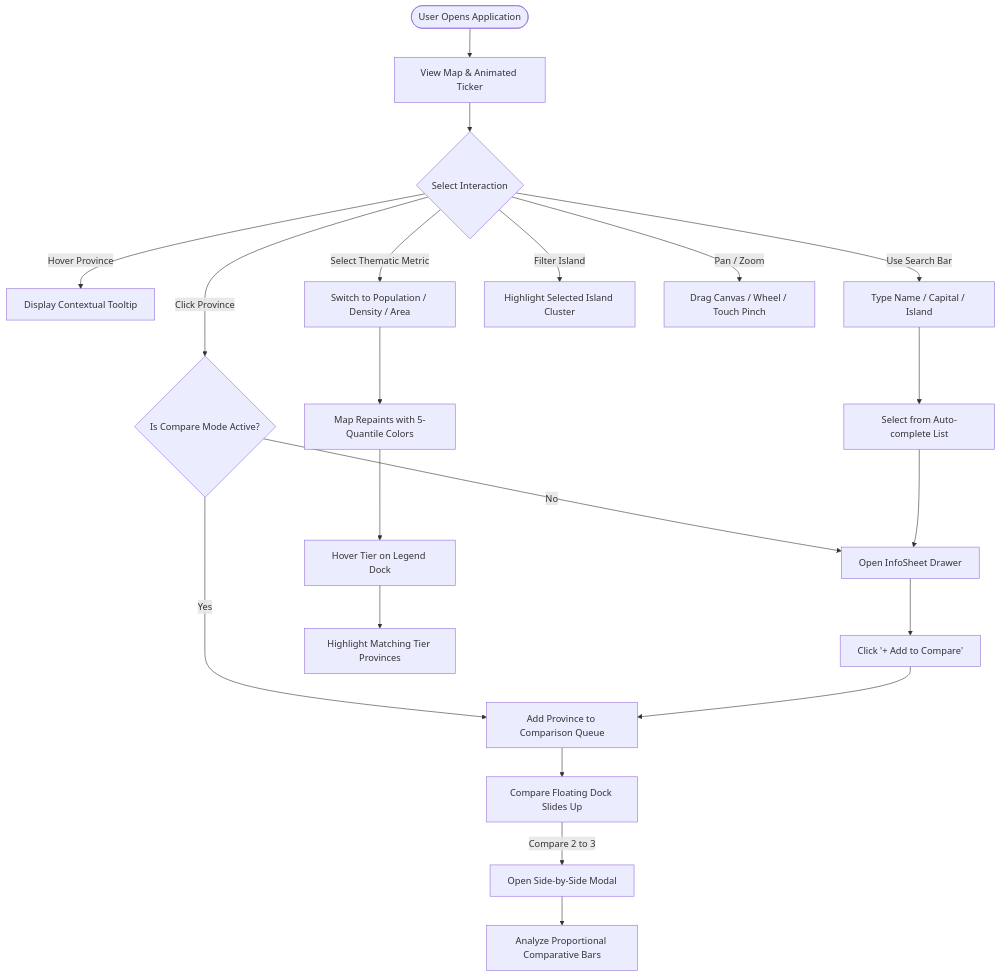
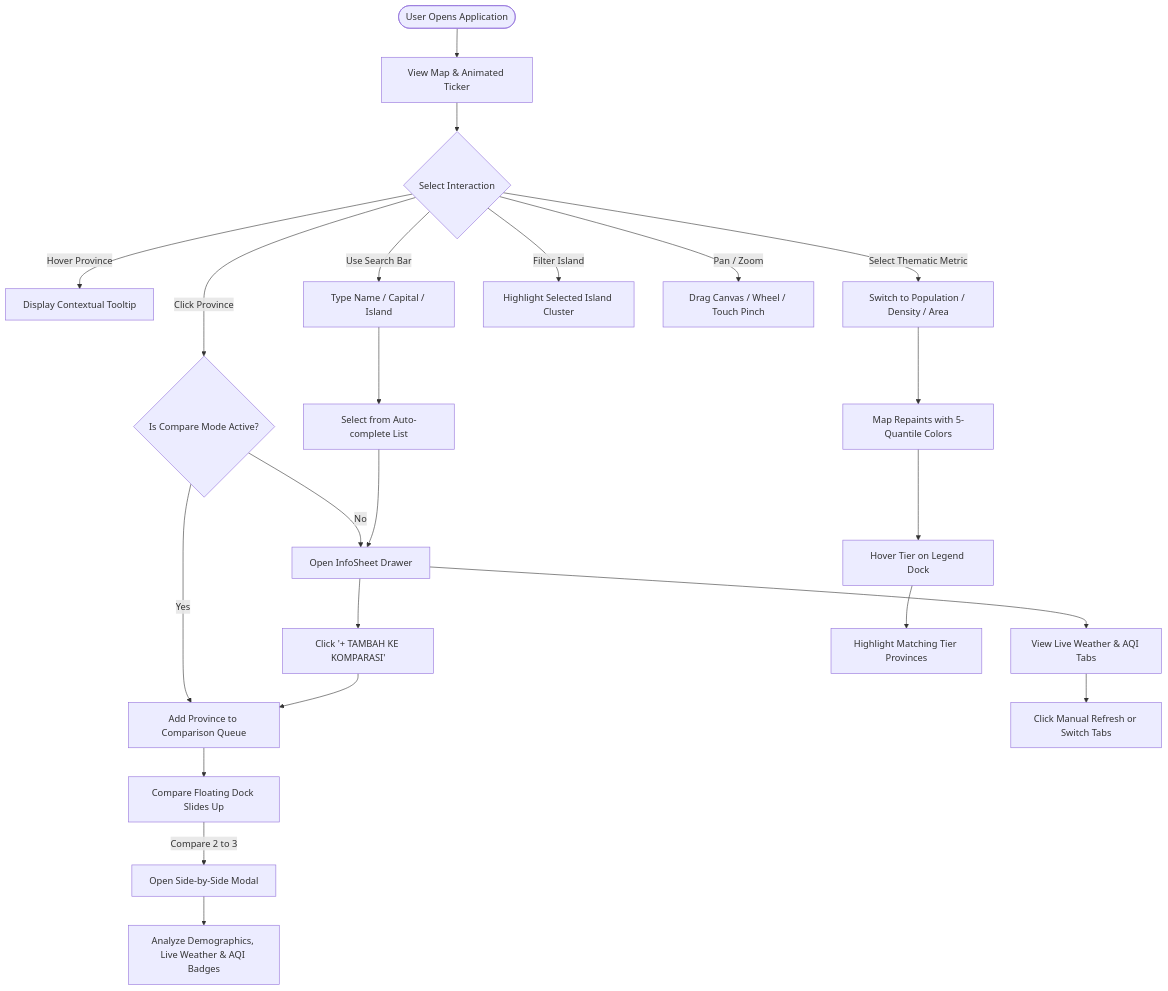
The diagram in PRD.md (yadija/indonesia-map), drawn with Mermaid before and after one commit. The commit also changed other lines of this file and 3 other files, not shown here.

Commit message:
docs: synchronize PRD, architecture, evaluation, and README with weather and AQI features

````diff
--- a/PRD.md
+++ b/PRD.md
@@ -179,35 +208,37 @@
 ```mermaid
 flowchart TD
     Start([User Opens Application]) --> ViewMap[View Map & Animated Ticker]
 
     %% Exploration branches
     ViewMap --> ActionChoice{Select Interaction}
 
     ActionChoice -->|Hover Province| Tooltip[Display Contextual Tooltip]
     ActionChoice -->|Click Province| CheckMode{Is Compare Mode Active?}
     ActionChoice -->|Use Search Bar| SearchInput[Type Name / Capital / Island]
     ActionChoice -->|Select Thematic Metric| ChoroplethMode[Switch to Population / Density / Area]
     ActionChoice -->|Filter Island| IslandFilter[Highlight Selected Island Cluster]
     ActionChoice -->|Pan / Zoom| PanZoom[Drag Canvas / Wheel / Touch Pinch]
 
     %% Detail Flow
     CheckMode -->|No| OpenSheet[Open InfoSheet Drawer]
     CheckMode -->|Yes| AddCompare[Add Province to Comparison Queue]
 
-    OpenSheet --> AddFromSheet[Click '+ Add to Compare']
+    OpenSheet --> InspectWeather[View Live Weather & AQI Tabs]
+    InspectWeather --> RefreshAtmosphere[Click Manual Refresh or Switch Tabs]
+    OpenSheet --> AddFromSheet[Click '+ TAMBAH KE KOMPARASI']
     AddFromSheet --> AddCompare
 
     %% Search Flow
     SearchInput --> DropdownResult[Select from Auto-complete List]
     DropdownResult --> OpenSheet
 
     %% Thematic Flow
     ChoroplethMode --> ColorUpdate[Map Repaints with 5-Quantile Colors]
     ColorUpdate --> LegendHover[Hover Tier on Legend Dock]
     LegendHover --> HighlightTiers[Highlight Matching Tier Provinces]
 
     %% Comparison Flow
     AddCompare --> FloatingBar[Compare Floating Dock Slides Up]
     FloatingBar -->|Compare 2 to 3| CompareModal[Open Side-by-Side Modal]
-    CompareModal --> InspectBars[Analyze Proportional Comparative Bars]
+    CompareModal --> InspectBars[Analyze Demographics, Live Weather & AQI Badges]
 ```
````
